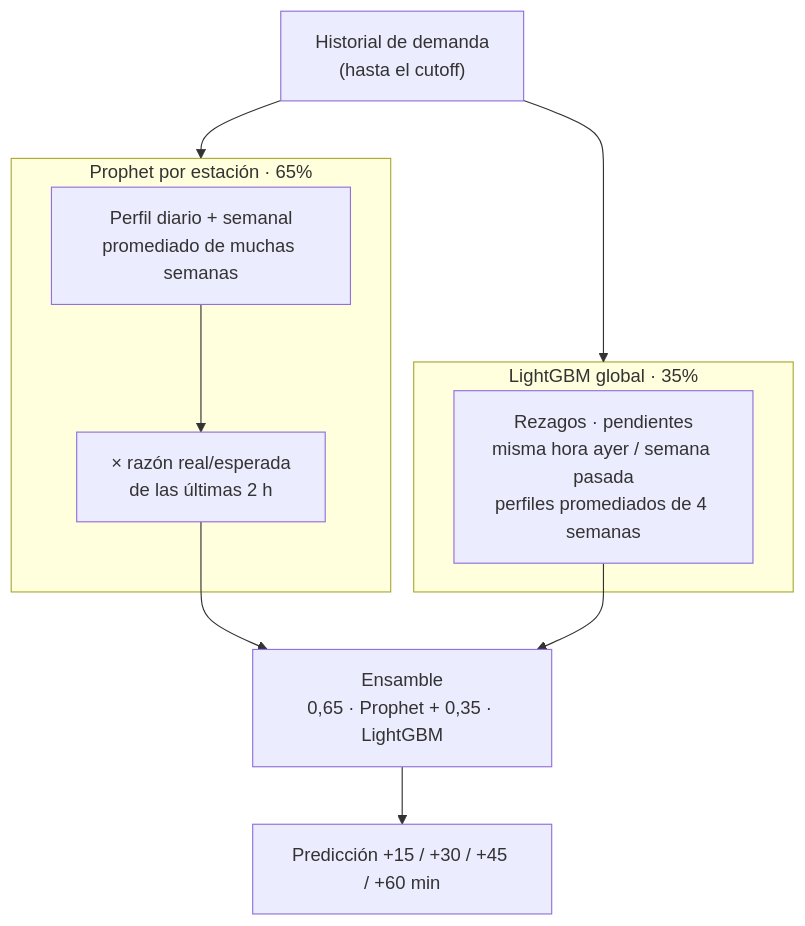
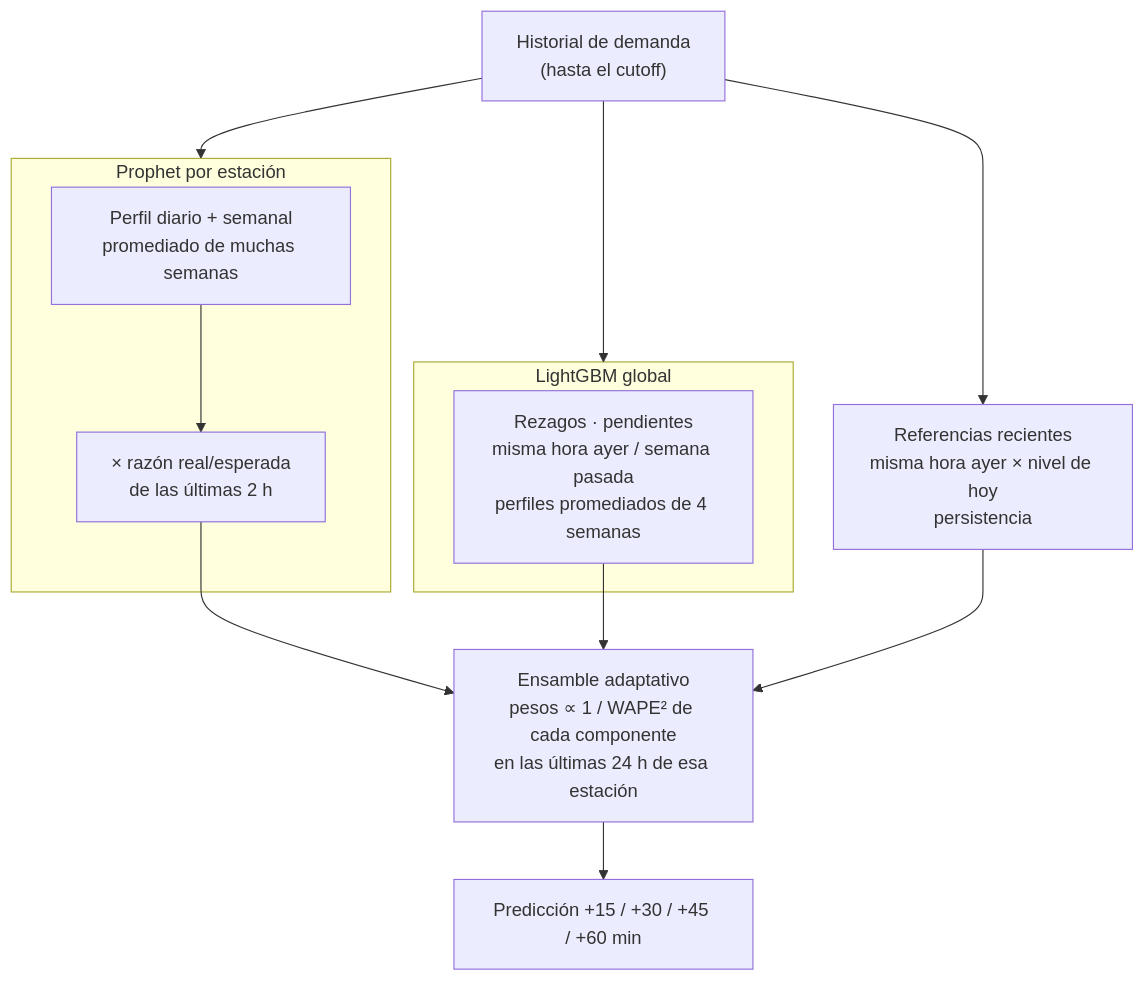
Before and after one commit to danielaestudio02-del/Primer_proyecto: the third of 4 diagrams in README.md, drawn with Mermaid. The commit also changed other lines of this file and 7 other files, not shown here.

````diff
--- a/README.md
+++ b/README.md
@@ -79,16 +80,18 @@
 ```mermaid
 flowchart TB
     D["Historial de demanda<br/>(hasta el cutoff)"] --> P & L
 
-    subgraph P["Prophet por estación · 65%"]
+    subgraph P["Prophet por estación"]
         P1["Perfil diario + semanal<br/>promediado de muchas semanas"] --> P2["× razón real/esperada<br/>de las últimas 2 h"]
     end
 
-    subgraph L["LightGBM global · 35%"]
+    subgraph L["LightGBM global"]
         L1["Rezagos · pendientes<br/>misma hora ayer / semana pasada<br/>perfiles promediados de 4 semanas"]
     end
 
-    P2 --> E["Ensamble<br/>0,65 · Prophet + 0,35 · LightGBM"]
+    R["Referencias recientes<br/>misma hora ayer × nivel de hoy<br/>persistencia"]
+    P2 --> E["Ensamble adaptativo<br/>pesos ∝ 1 / WAPE² de cada componente<br/>en las últimas 24 h de esa estación"]
     L1 --> E
+    D --> R --> E
     E --> O["Predicción +15 / +30 / +45 / +60 min"]
 ```
````
